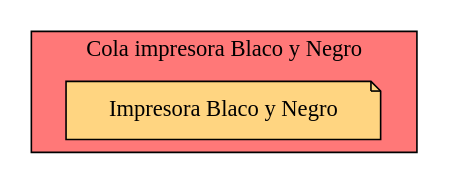
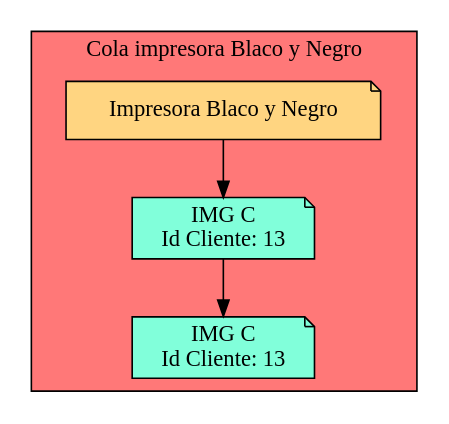
One commit to Serch-ING/EDD_UDRAWING_202000119 changed the diagram in Cola_Print_bw.dot. Above: the diagram before and after it, drawn with Graphviz. The commit also changed 23 other files, not shown here.

```diff
--- a/Cola_Print_bw.dot
+++ b/Cola_Print_bw.dot
@@ -1,6 +1,13 @@
 digraph L {
 node[shape=note fillcolor="#A181FF" style =filled]
 subgraph cluster_p{
     label= " Cola impresora Blaco y Negro "
  raiz[label = "Impresora Blaco y Negro" fillcolor="#FFD581" ]    bgcolor = "#FF7878"
+Nodo173099767[label="IMG C 
+Id Cliente: 13",fillcolor="#81FFDA"]
+Nodo112797691[label="IMG C 
+Id Cliente: 13",fillcolor="#81FFDA"]
+
+raiz->Nodo173099767
+Nodo173099767 -> Nodo112797691
 }}
```
